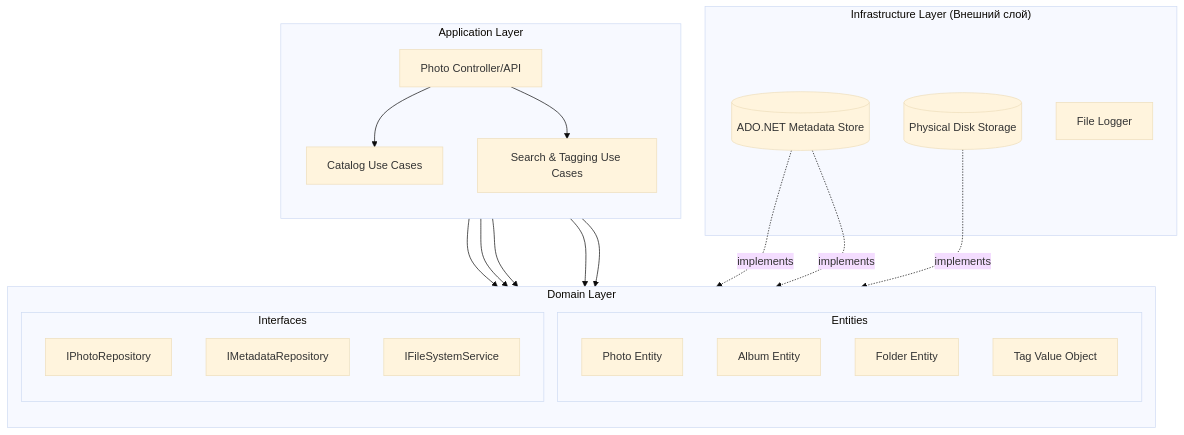
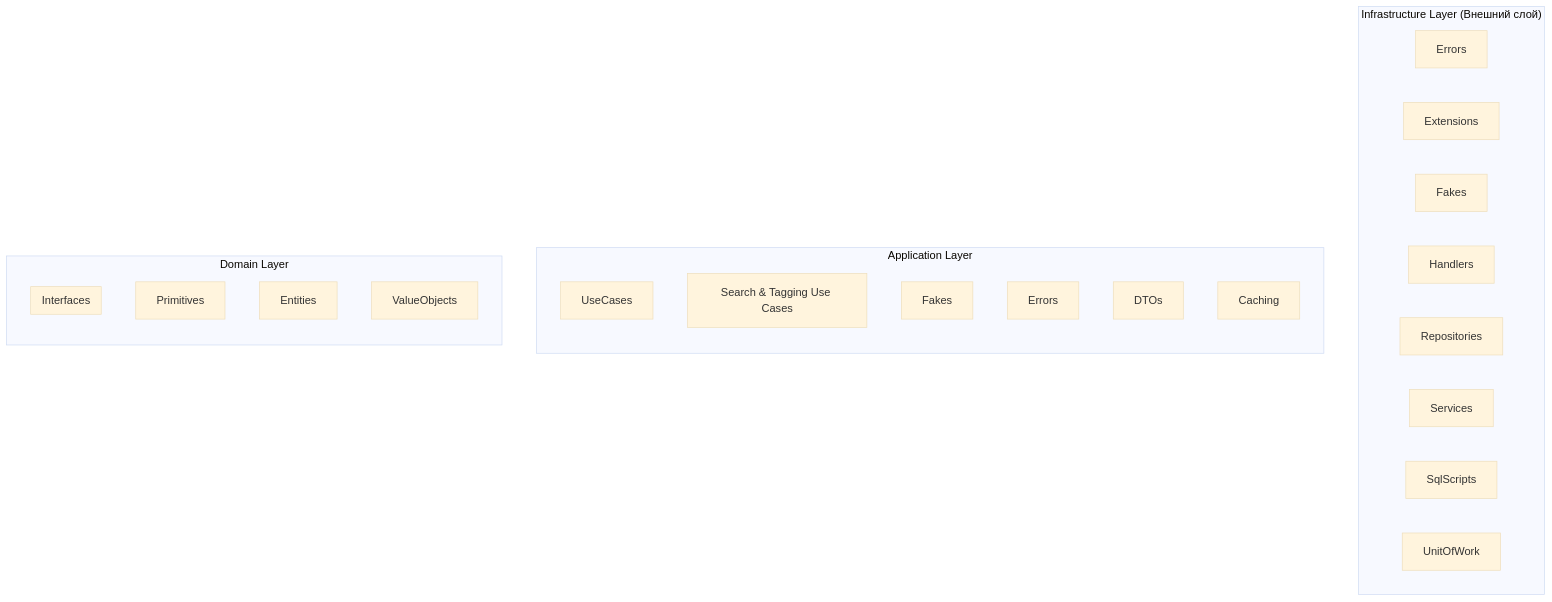
The second of 2 diagrams in README.md (college-top-vrn/PhotoCatalog), drawn with Mermaid (base theme) before and after one commit. The commit also changed other lines of this file, not shown here.

Commit message:
Update README.md
 наc не доделан Search & Tagging Use Cases
и вообще надо пересмотреть весь проект.

````diff
--- a/README.md
+++ b/README.md
@@ -51,48 +51,38 @@
 ```mermaid 
 graph TD
     subgraph "Infrastructure Layer (Внешний слой)"
-        DB[(ADO.NET Metadata Store)]
-        FS[(Physical Disk Storage)]
-        Logger[File Logger]
+        Errors
+        Extensions
+        Fakes
+        Handlers
+        Repositories
+        Services
+        SqlScripts
+        UnitOfWork
     end
 
     subgraph "Application Layer"
         direction TB
-        PC[Photo Controller/API]
-        UC_Manage[Catalog Use Cases]
+        UseCases
         UC_Search[Search & Tagging Use Cases]
+        ApplicationFakes[Fakes]
+        ApplicationErrors[Errors]
+        DTOs
+        Caching
     end
 
     subgraph "Domain Layer"
         direction TB
-        
-        subgraph "Entities"
-            E_Photo[Photo Entity]
-            E_Album[Album Entity]
-            E_Folder[Folder Entity]
-            E_Tag[Tag Value Object]
-        end
-        
+        Primitives
+        Entities
+        Extensions
+        ValueObjects
         subgraph "Interfaces"
-            I_PhotoRepo[IPhotoRepository]
-            I_MetaRepo[IMetadataRepository]
-            I_FileServer[IFileSystemService]
+            Repositories
+            Services         
+            
         end
     end
 
-
-    PC --> UC_Manage
-    PC --> UC_Search
     
-    UC_Manage --> E_Photo
-    UC_Manage --> E_Album
-    UC_Manage --> I_PhotoRepo
-    
-    UC_Search --> E_Tag
-    UC_Search --> I_MetaRepo
-
-
-    DB -.->|implements| I_MetaRepo
-    FS -.->|implements| I_FileServer
-    DB -.->|implements| I_PhotoRepo
 ```
````
